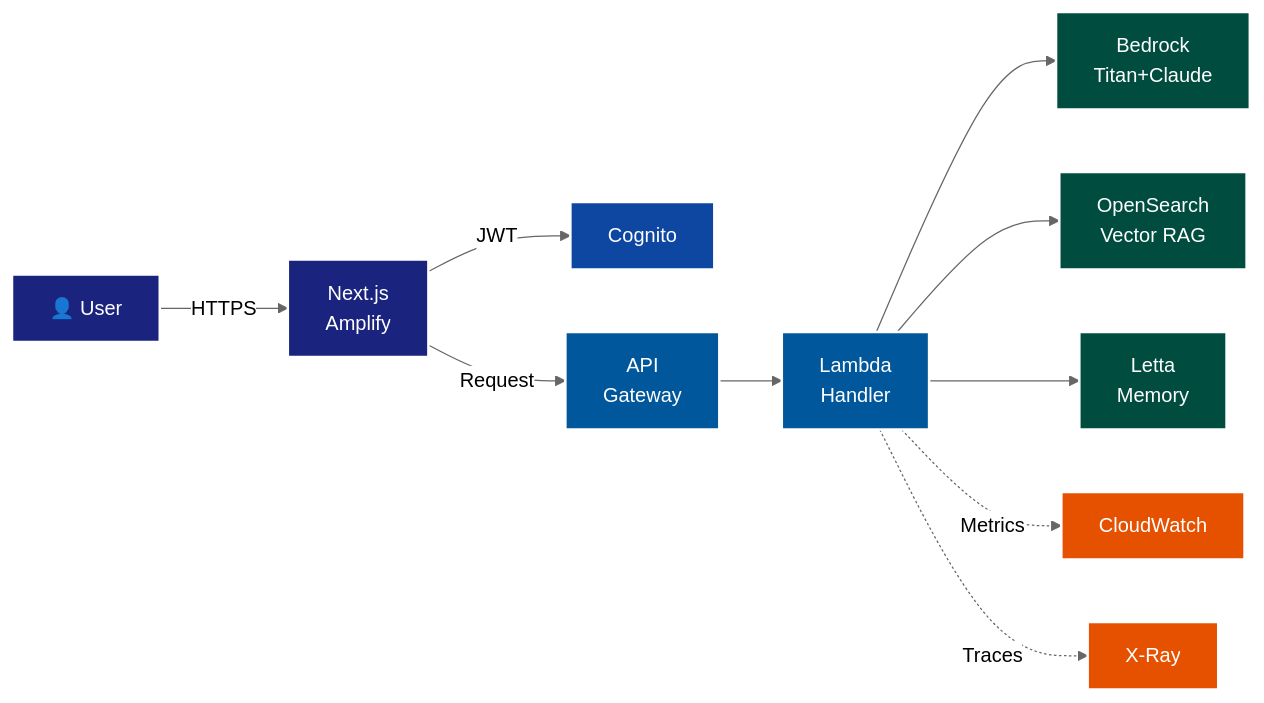
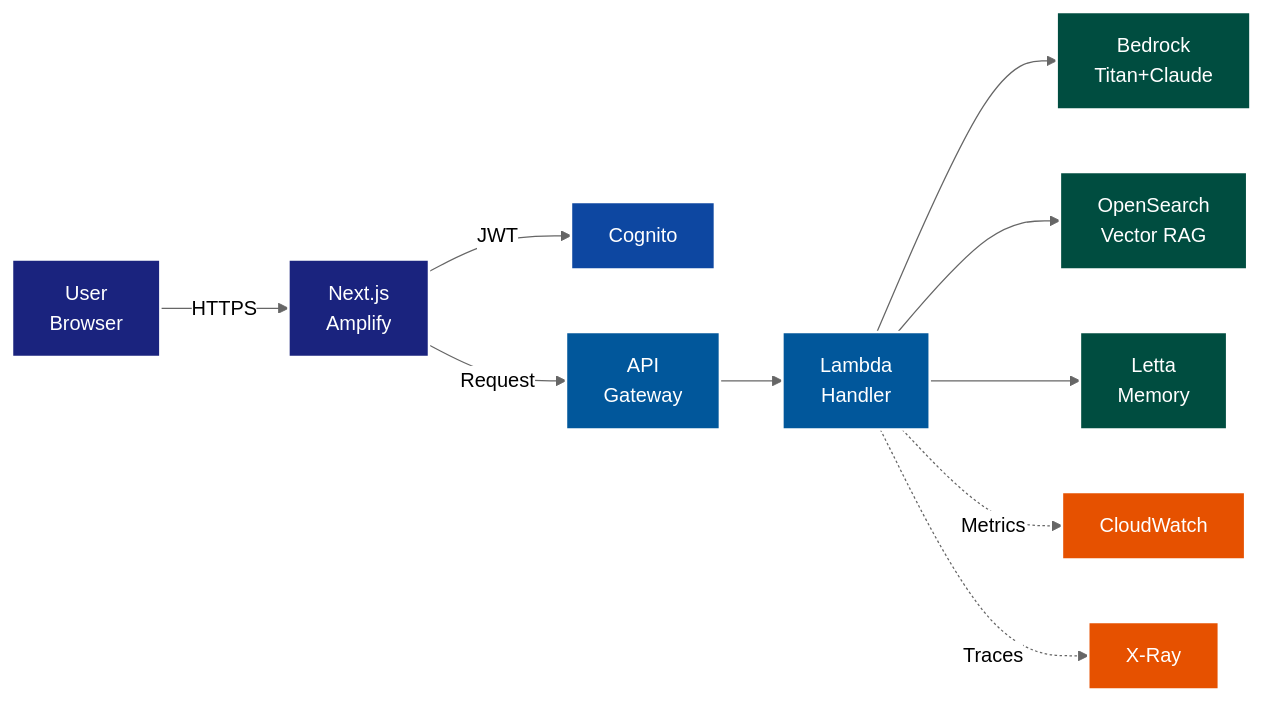
One commit to Josh-thephillipsequation/devops-transformation-slides changed the diagram in slides.md. Above: the diagram before and after it, drawn with Mermaid (neutral theme). The commit also changed other lines of this file, not shown here.

````diff
--- a/slides.md
+++ b/slides.md
@@ -90,27 +90,27 @@
 ```mermaid
 graph LR
-    User[👤 User] -->|HTTPS| UI[Next.js<br/>Amplify]
+    User[User<br/>Browser] -->|HTTPS| UI[Next.js<br/>Amplify]
     UI -->|JWT| Cognito[Cognito]
     UI -->|Request| APIGW[API<br/>Gateway]
     
     APIGW --> Lambda[Lambda<br/>Handler]
     
     Lambda --> Bedrock[Bedrock<br/>Titan+Claude]
     Lambda --> OpenSearch[OpenSearch<br/>Vector RAG]
     Lambda --> Letta[Letta<br/>Memory]
     
     Lambda -.->|Metrics| CW[CloudWatch]
     Lambda -.->|Traces| XRay[X-Ray]
     
     classDef frontend fill:#1a237e,stroke:#fff,color:#fff,stroke-width:2px
     classDef auth fill:#0d47a1,stroke:#fff,color:#fff,stroke-width:2px
     classDef api fill:#01579b,stroke:#fff,color:#fff,stroke-width:2px
     classDef aiml fill:#004d40,stroke:#fff,color:#fff,stroke-width:2px
     classDef ops fill:#e65100,stroke:#fff,color:#fff,stroke-width:2px
     
     class User,UI frontend
     class Cognito auth
     class APIGW,Lambda api
     class Bedrock,OpenSearch,Letta aiml
     class CW,XRay ops
 ```
````
